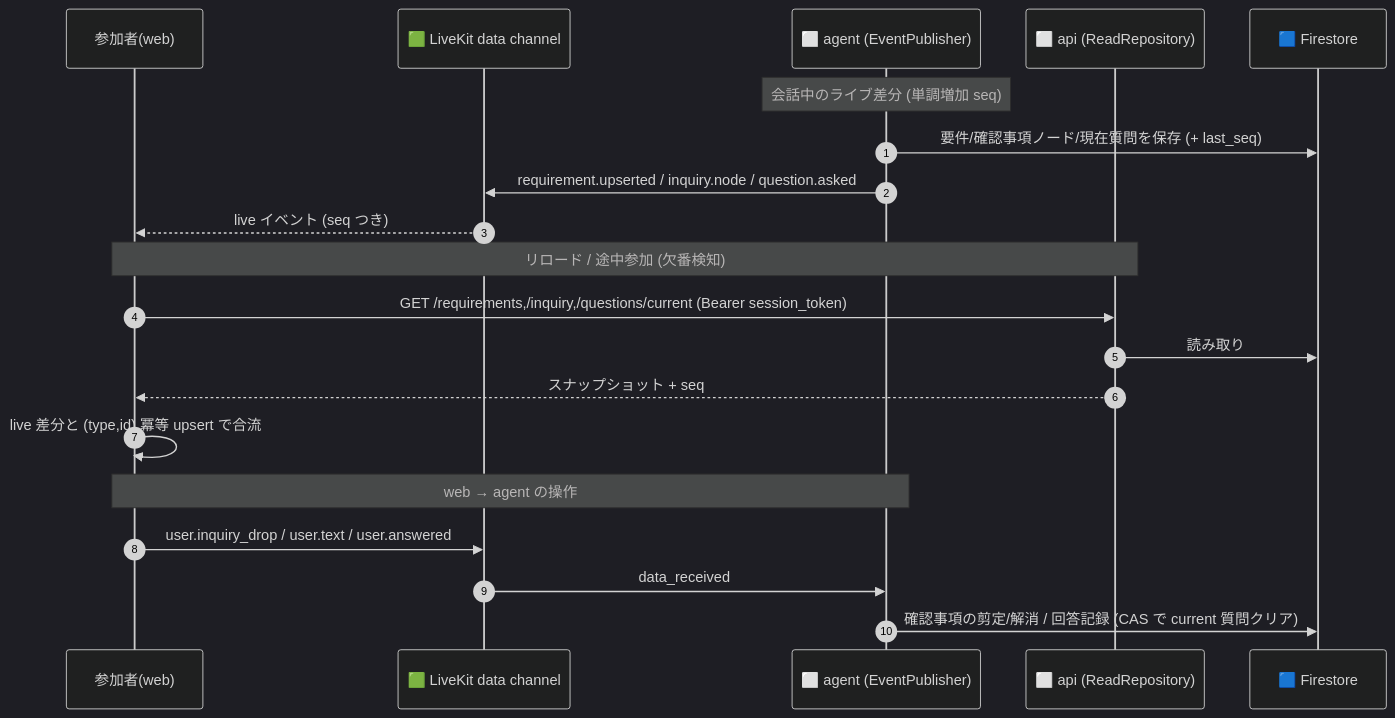
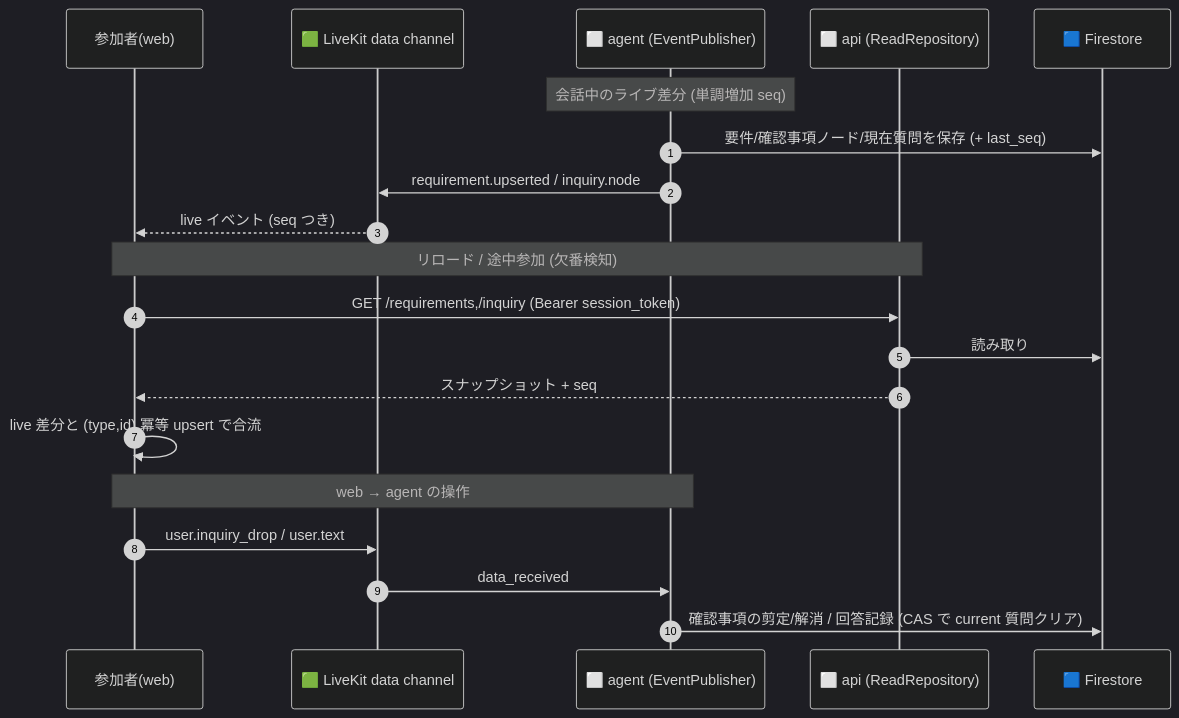
One commit to godhuu0505/sanba changed the fifth of 13 diagrams in docs/reference/architecture-analysis.md. Above: the diagram before and after it, drawn with Mermaid (dark theme). The commit also changed other lines of this file and 42 other files, not shown here.

````diff
--- a/docs/reference/architecture-analysis.md
+++ b/docs/reference/architecture-analysis.md
@@ -257,25 +257,25 @@
 ```mermaid
 sequenceDiagram
     autonumber
     participant U as 参加者(web)
     participant LK as 🟩 LiveKit data channel
     participant VA as ⬜ agent (EventPublisher)
     participant API as ⬜ api (ReadRepository)
     participant FS as 🟦 Firestore
 
     Note over VA: 会話中のライブ差分 (単調増加 seq)
     VA->>FS: 要件/確認事項ノード/現在質問を保存 (+ last_seq)
-    VA->>LK: requirement.upserted / inquiry.node / question.asked
+    VA->>LK: requirement.upserted / inquiry.node
     LK-->>U: live イベント (seq つき)
 
     Note over U,API: リロード / 途中参加 (欠番検知)
-    U->>API: GET /requirements,/inquiry,/questions/current (Bearer session_token)
+    U->>API: GET /requirements,/inquiry (Bearer session_token)
     API->>FS: 読み取り
     API-->>U: スナップショット + seq
     U->>U: live 差分と (type,id) 冪等 upsert で合流
 
     Note over U,VA: web → agent の操作
-    U->>LK: user.inquiry_drop / user.text / user.answered
+    U->>LK: user.inquiry_drop / user.text
     LK->>VA: data_received
     VA->>FS: 確認事項の剪定/解消 / 回答記録 (CAS で current 質問クリア)
 ```
````
